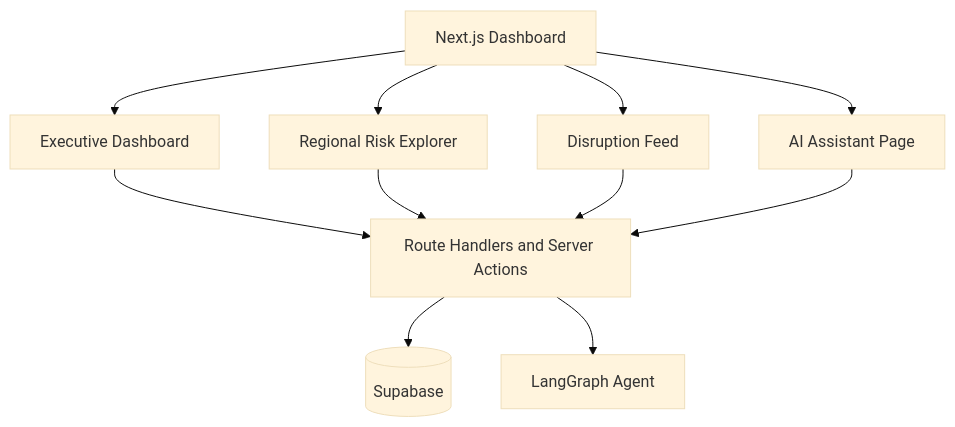
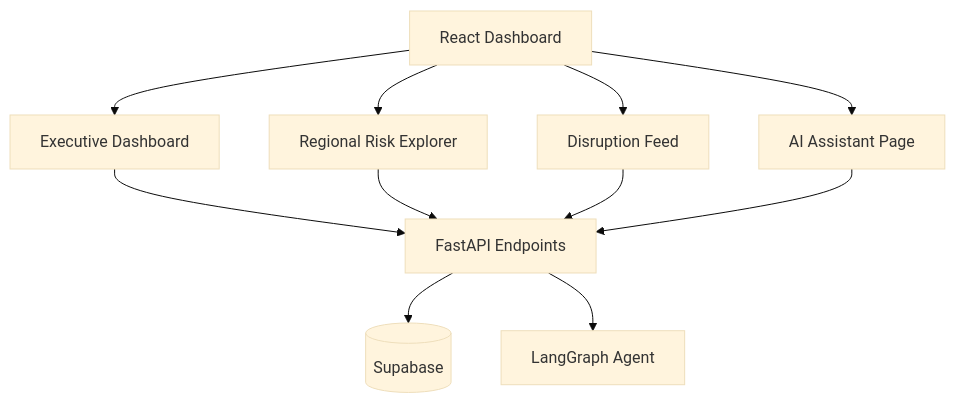
The seventh of 9 diagrams in docs/architecture.md (shima-maleki/SupplyChainOracle), drawn with Mermaid (base theme) before and after one commit. The commit also changed other lines of this file and 2 other files, not shown here.

Commit message:
adding updated PRD and architecture

````diff
--- a/docs/architecture.md
+++ b/docs/architecture.md
@@ -372,24 +387,24 @@
 ```mermaid
 flowchart TD
-    Dashboard[Next.js Dashboard]
+    Dashboard[React Dashboard]
     Overview[Executive Dashboard]
     Explorer[Regional Risk Explorer]
     Chat[AI Assistant Page]
     Feed[Disruption Feed]
-    API[Route Handlers and Server Actions]
+    API[FastAPI Endpoints]
     DB[(Supabase)]
     Agent[LangGraph Agent]
 
     Dashboard --> Overview
     Dashboard --> Explorer
     Dashboard --> Chat
     Dashboard --> Feed
 
     Overview --> API
     Explorer --> API
     Feed --> API
     Chat --> API
 
     API --> DB
     API --> Agent
 ```
````
